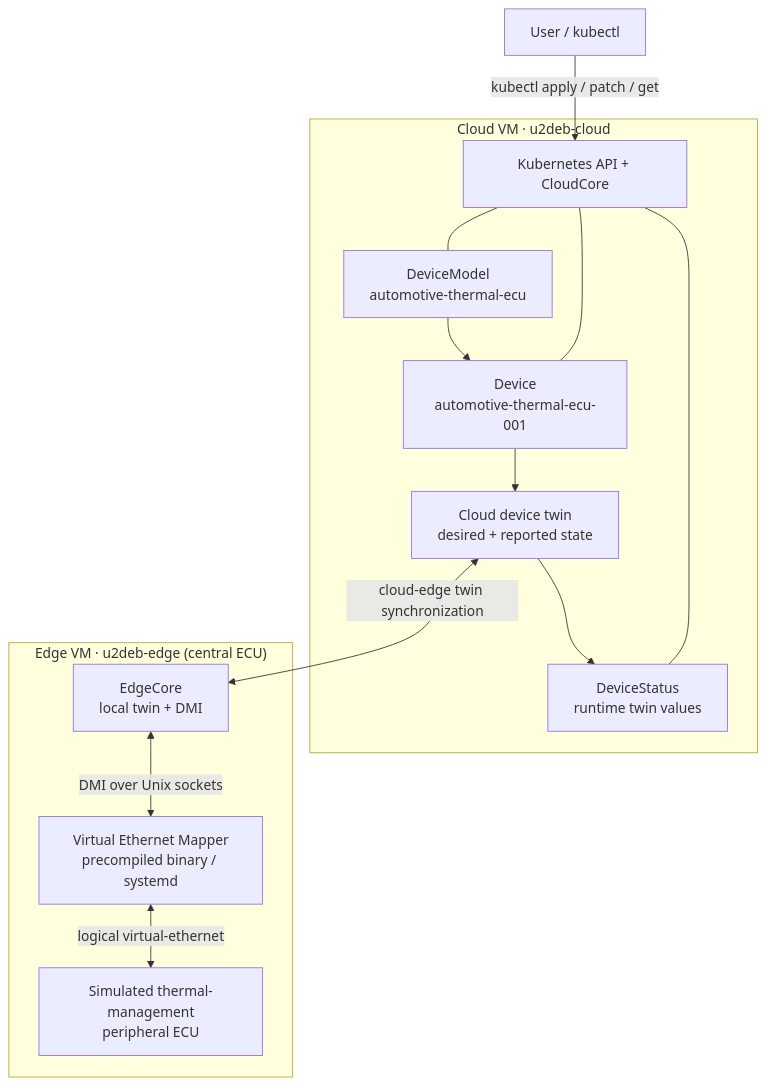
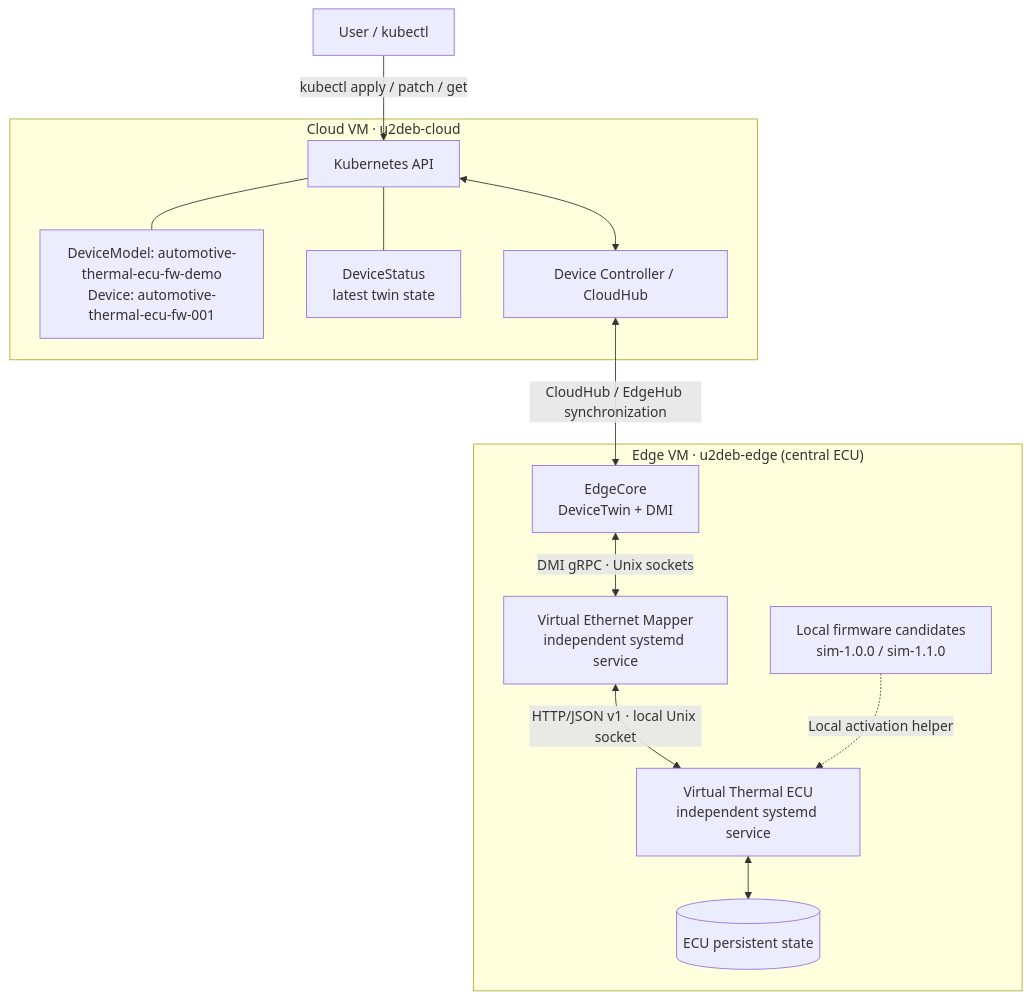
One commit to neotera-eu/up2date4sdv-continuumx-playground changed the second of 9 diagrams in README.md. Above: the diagram before and after it, drawn with Mermaid. The commit also changed other lines of this file and 14 other files, not shown here.

Commit message:
Add virtual ECU firmware update; vECU is now a separate entity (was part of the mapper)

````diff
--- a/README.md
+++ b/README.md
@@ -81,31 +87,26 @@
 ```mermaid
-graph TB
+flowchart TB
     User["User / kubectl"]
-
     subgraph Cloud["Cloud VM · u2deb-cloud"]
-        Model["DeviceModel\nautomotive-thermal-ecu"]
-        Device["Device\nautomotive-thermal-ecu-001"]
-        CloudTwin["Cloud device twin\ndesired + reported state"]
-        Status["DeviceStatus\nruntime twin values"]
-        K8s["Kubernetes API + CloudCore"]
-
-        Model --> Device
-        Device --> CloudTwin
-        CloudTwin --> Status
-        K8s --- Model
-        K8s --- Device
-        K8s --- Status
+        API["Kubernetes API"]
+        CRD["DeviceModel: automotive-thermal-ecu-fw-demo<br/>Device: automotive-thermal-ecu-fw-001"]
+        Status["DeviceStatus<br/>latest twin state"]
+        Core["Device Controller / CloudHub"]
+        API --- CRD
+        API --- Status
+        API <--> Core
     end
-
     subgraph Edge["Edge VM · u2deb-edge (central ECU)"]
-        EdgeTwin["EdgeCore\nlocal twin + DMI"]
-        Mapper["Virtual Ethernet Mapper\nprecompiled binary / systemd"]
-        ECU["Simulated thermal-management\nperipheral ECU"]
-
-        EdgeTwin <-->|"DMI over Unix sockets"| Mapper
-        Mapper <-->|"logical virtual-ethernet"| ECU
+        Twin["EdgeCore<br/>DeviceTwin + DMI"]
+        Mapper["Virtual Ethernet Mapper<br/>independent systemd service"]
+        ECU["Virtual Thermal ECU<br/>independent systemd service"]
+        State[("ECU persistent state")]
+        Stage["Local firmware candidates<br/>sim-1.0.0 / sim-1.1.0"]
+        Twin <-->|"DMI gRPC · Unix sockets"| Mapper
+        Mapper <-->|"HTTP/JSON v1 · local Unix socket"| ECU
+        ECU <--> State
+        Stage -.->|"Local activation helper"| ECU
     end
-
-    User -->|"kubectl apply / patch / get"| K8s
-    CloudTwin <-->|"cloud-edge twin synchronization"| EdgeTwin
+    User -->|"kubectl apply / patch / get"| API
+    Core <-->|"CloudHub / EdgeHub synchronization"| Twin
 ```
````
